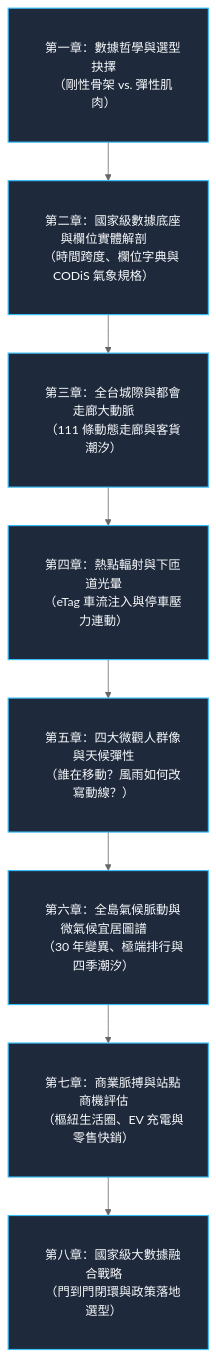
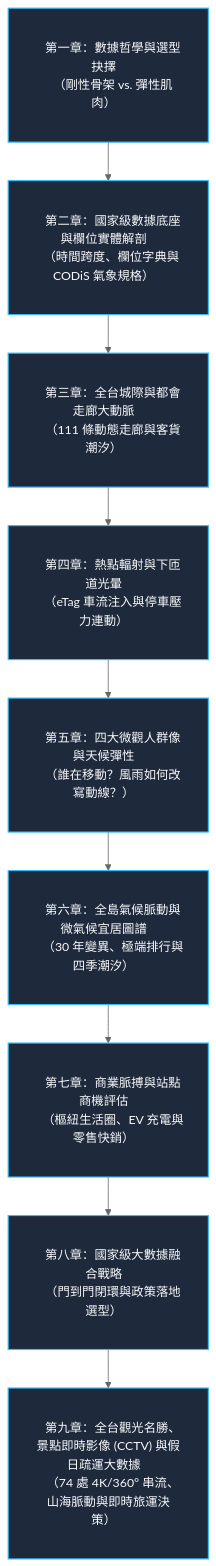
The diagram in docs/README.md (tobytoy/taiwan-mobility-pulse), drawn with Mermaid (neutral theme) before and after one commit. The commit also changed other lines of this file and 11 other files, not shown here.

````diff
--- a/docs/README.md
+++ b/docs/README.md
@@ -26,12 +26,13 @@
 ```mermaid
 flowchart TD
     classDef default fill:#1e293b,stroke:#38bdf8,stroke-width:1.5px,color:#f8fafc,padding:16px 50px;
 
     C1["&emsp;第一章：數據哲學與選型抉擇&emsp;<br/>&emsp;（剛性骨架 vs. 彈性肌肉）&emsp;"] --> C2["&emsp;第二章：國家級數據底座與欄位實體解剖&emsp;<br/>&emsp;（時間跨度、欄位字典與 CODiS 氣象規格）&emsp;"]
     C2 --> C3["&emsp;第三章：全台城際與都會走廊大動脈&emsp;<br/>&emsp;（111 條動態走廊與客貨潮汐）&emsp;"]
     C3 --> C4["&emsp;第四章：熱點輻射與下匝道光暈&emsp;<br/>&emsp;（eTag 車流注入與停車壓力連動）&emsp;"]
     C4 --> C5["&emsp;第五章：四大微觀人群像與天候彈性&emsp;<br/>&emsp;（誰在移動？風雨如何改寫動線？）&emsp;"]
     C5 --> C6["&emsp;第六章：全島氣候脈動與微氣候宜居圖譜&emsp;<br/>&emsp;（30 年變異、極端排行與四季潮汐）&emsp;"]
     C6 --> C7["&emsp;第七章：商業脈搏與站點商機評估&emsp;<br/>&emsp;（樞紐生活圈、EV 充電與零售快銷）&emsp;"]
     C7 --> C8["&emsp;第八章：國家級大數據融合戰略&emsp;<br/>&emsp;（門到門閉環與政策落地選型）&emsp;"]
+    C8 --> C9["&emsp;第九章：全台觀光名勝、景點即時影像 (CCTV) 與假日疏運大數據&emsp;<br/>&emsp;（74 處 4K/360° 串流、山海脈動與即時旅運決策）&emsp;"]
 ```
````
